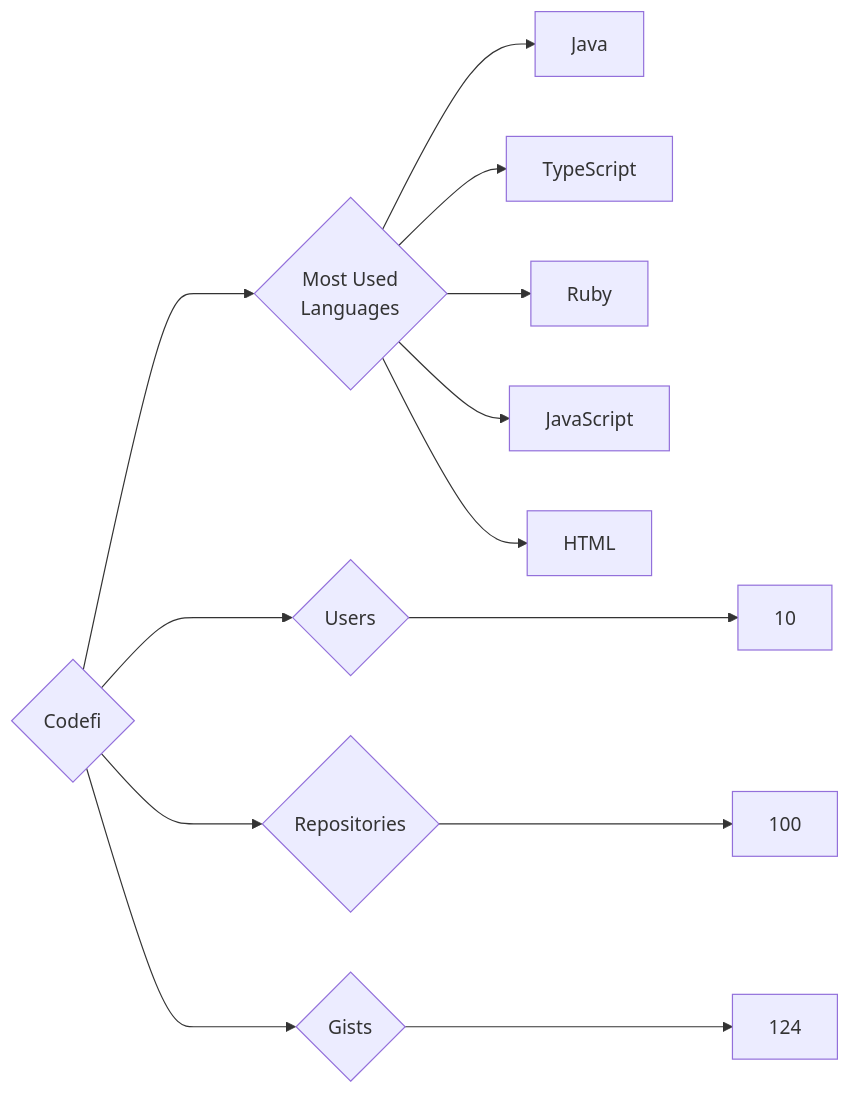
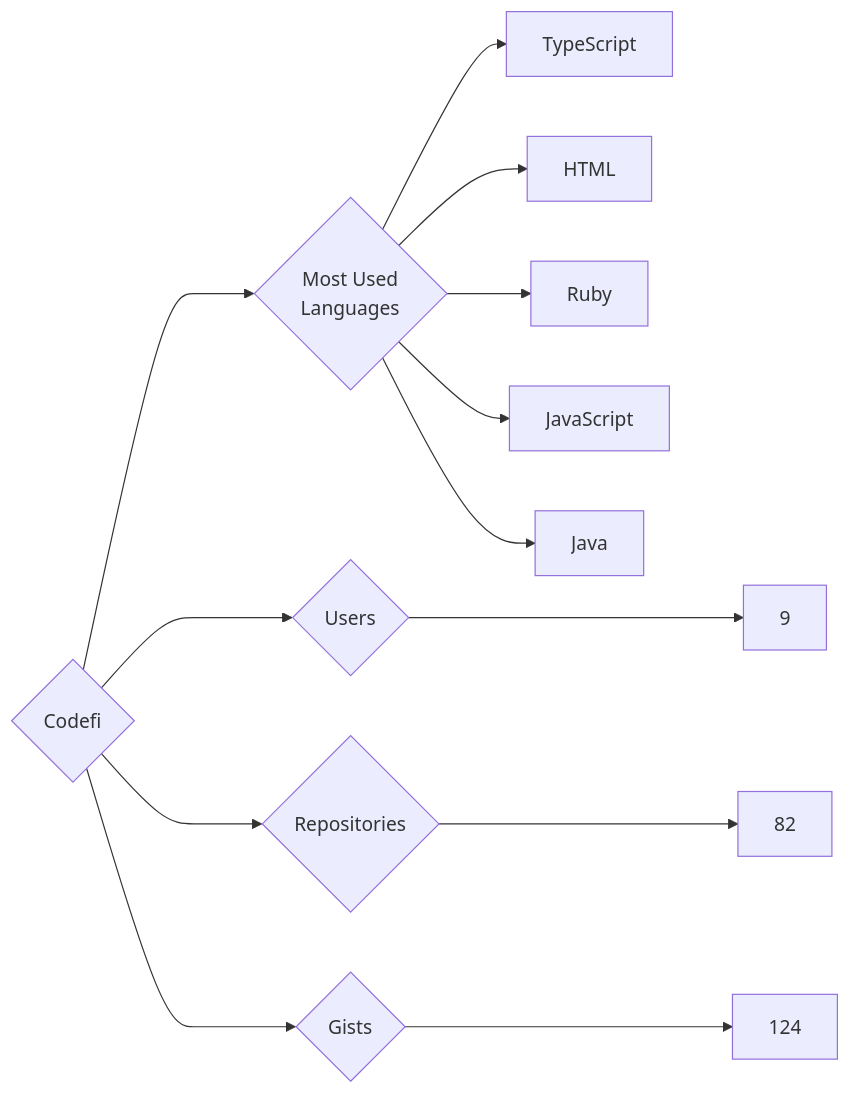
The diagram in targets/Codefi/README.md (trickest/insiders), drawn with Mermaid before and after one commit. The commit also changed 880 other files, not shown here.

````diff
--- a/targets/Codefi/README.md
+++ b/targets/Codefi/README.md
@@ -3,13 +3,13 @@
 ```mermaid
 graph LR
 COMPANY_NAME{Codefi}
-COMPANY_NAME ---> U{Users} ---> UN[10]
-COMPANY_NAME ---> R{Repositories} ---> RN[100]
+COMPANY_NAME ---> U{Users} ---> UN[9]
+COMPANY_NAME ---> R{Repositories} ---> RN[82]
 COMPANY_NAME ---> G{Gists} ---> GN[124]
 COMPANY_NAME ---> ML{Most Used<br>Languages}
-ML --> Java[Java]
 ML --> TypeScript[TypeScript]
+ML --> HTML[HTML]
 ML --> Ruby[Ruby]
 ML --> JavaScript[JavaScript]
-ML --> HTML[HTML]
+ML --> Java[Java]
 ```
````
